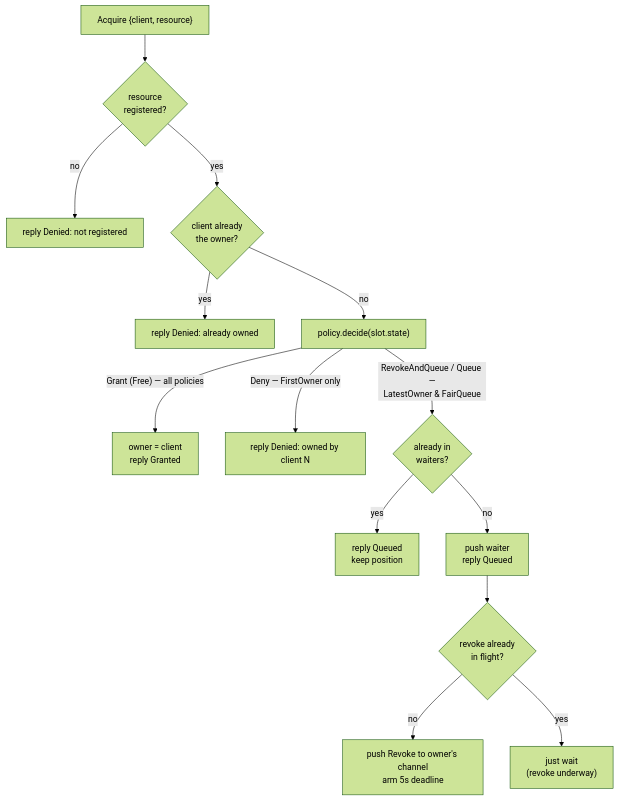
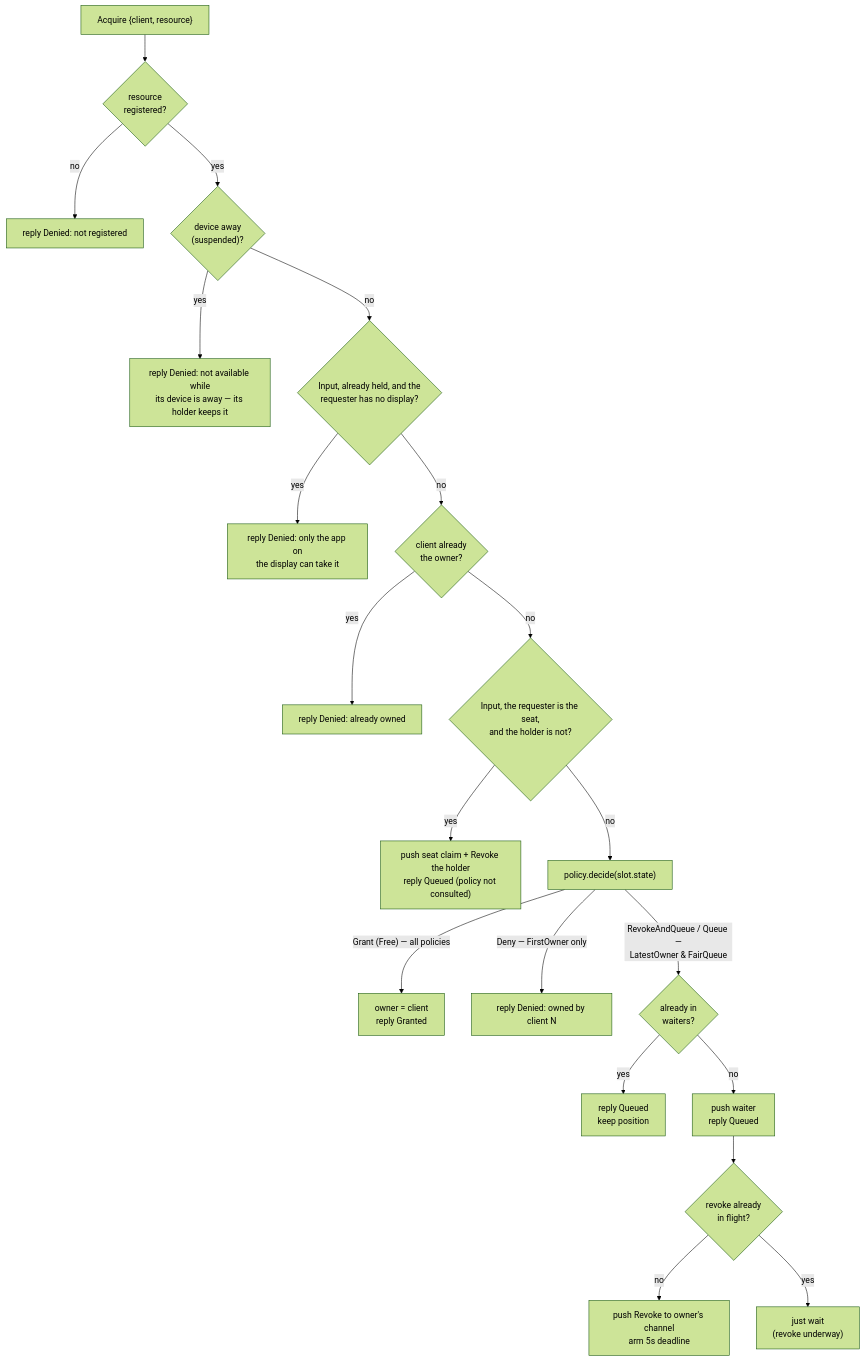
One commit to lulkien/simple-graphics-controller changed the fourth of 7 diagrams in docs/policy-engine.md. Above: the diagram before and after it, drawn with Mermaid (forest theme). The commit also changed other lines of this file and 9 other files, not shown here.

First line of the commit message:
input: push the resource list, own input by class, suspend instead of revoke

````diff
--- a/docs/policy-engine.md
+++ b/docs/policy-engine.md
@@ -135,16 +135,22 @@
 ```mermaid
 flowchart TD
     A["Acquire {client, resource}"] --> B{"resource<br/>registered?"}
     B -- no --> D["reply Denied: not registered"]
-    B -- yes --> C{"client already<br/>the owner?"}
+    B -- yes --> B2{"device away<br/>(suspended)?"}
+    B2 -- yes --> D2["reply Denied: not available while<br/>its device is away — its holder keeps it"]
+    B2 -- no --> S{"Input, already held, and the<br/>requester has no display?"}
+    S -- yes --> D3["reply Denied: only the app on<br/>the display can take it"]
+    S -- no --> C{"client already<br/>the owner?"}
     C -- yes --> E["reply Denied: already owned"]
-    C -- no --> F["policy.decide(slot.state)"]
+    C -- no --> SC{"Input, the requester is the seat,<br/>and the holder is not?"}
+    SC -- yes --> ST["push seat claim + Revoke the holder<br/>reply Queued (policy not consulted)"]
+    SC -- no --> F["policy.decide(slot.state)"]
     F -- "Grant (Free) — all policies" --> G["owner = client<br/>reply Granted"]
     F -- "Deny — FirstOwner only" --> H["reply Denied: owned by client N"]
     F -- "RevokeAndQueue / Queue —<br/>LatestOwner & FairQueue" --> I{"already in<br/>waiters?"}
     I -- yes --> J["reply Queued<br/>keep position"]
     I -- no --> K["push waiter<br/>reply Queued"]
     K --> L{"revoke already<br/>in flight?"}
     L -- no --> M["push Revoke to owner's channel<br/>arm 5s deadline"]
     L -- yes --> N["just wait<br/>(revoke underway)"]
 ```
````
